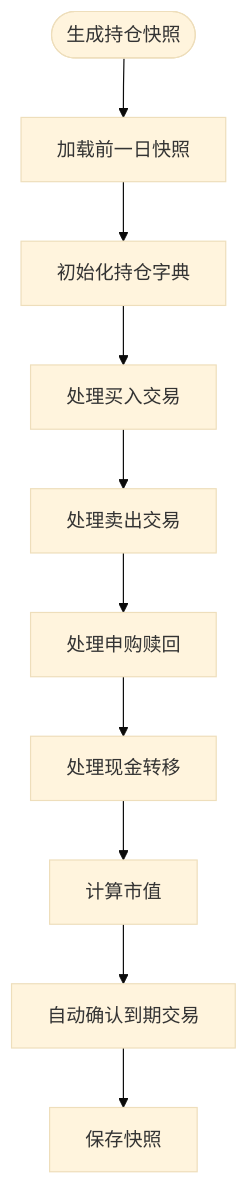
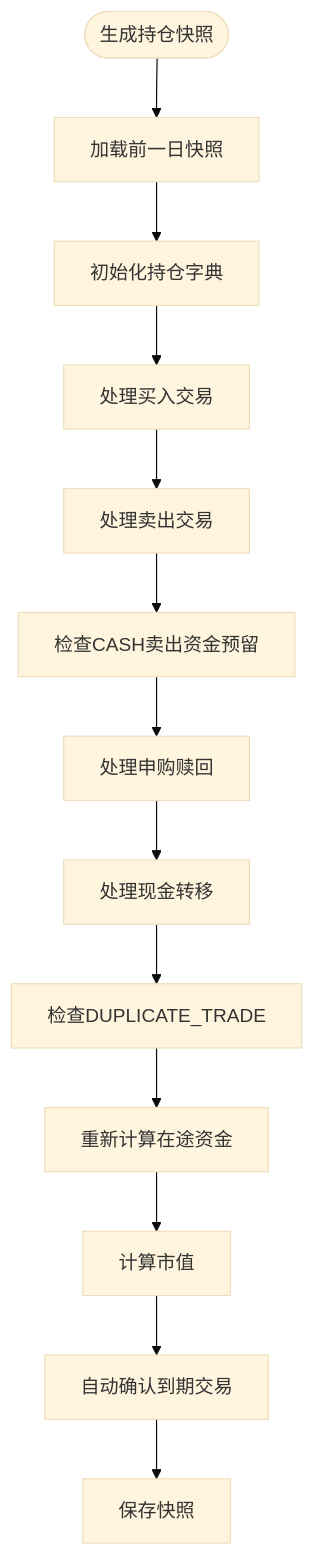
Diagram 16 of 17 in .qoder/repowiki/zh/content/核心业务功能/交易处理.md (gujialind/InvestRing), drawn with Mermaid (base theme) before and after one commit. The commit also changed other lines of this file and 64 other files, not shown here.

````diff
--- a/.qoder/repowiki/zh/content/核心业务功能/交易处理.md
+++ b/.qoder/repowiki/zh/content/核心业务功能/交易处理.md
@@ -630,12 +739,15 @@
 ```mermaid
 flowchart TD
 Start(["生成持仓快照"]) --> LoadPrev["加载前一日快照"]
 LoadPrev --> InitPositions["初始化持仓字典"]
 InitPositions --> ProcessBuys["处理买入交易"]
 ProcessBuys --> ProcessSells["处理卖出交易"]
-ProcessSells --> ProcessSubs["处理申购赎回"]
+ProcessSells --> CheckReserve["检查CASH卖出资金预留"]
+CheckReserve --> ProcessSubs["处理申购赎回"]
 ProcessSubs --> ProcessTransfers["处理现金转移"]
-ProcessTransfers --> CalculateValue["计算市值"]
+ProcessTransfers --> CheckDuplicate["检查DUPLICATE_TRADE"]
+CheckDuplicate --> RecalcInTransit["重新计算在途资金"]
+RecalcInTransit --> CalculateValue["计算市值"]
 CalculateValue --> AutoConfirm["自动确认到期交易"]
 AutoConfirm --> SaveSnapshot["保存快照"]
 ```
````
